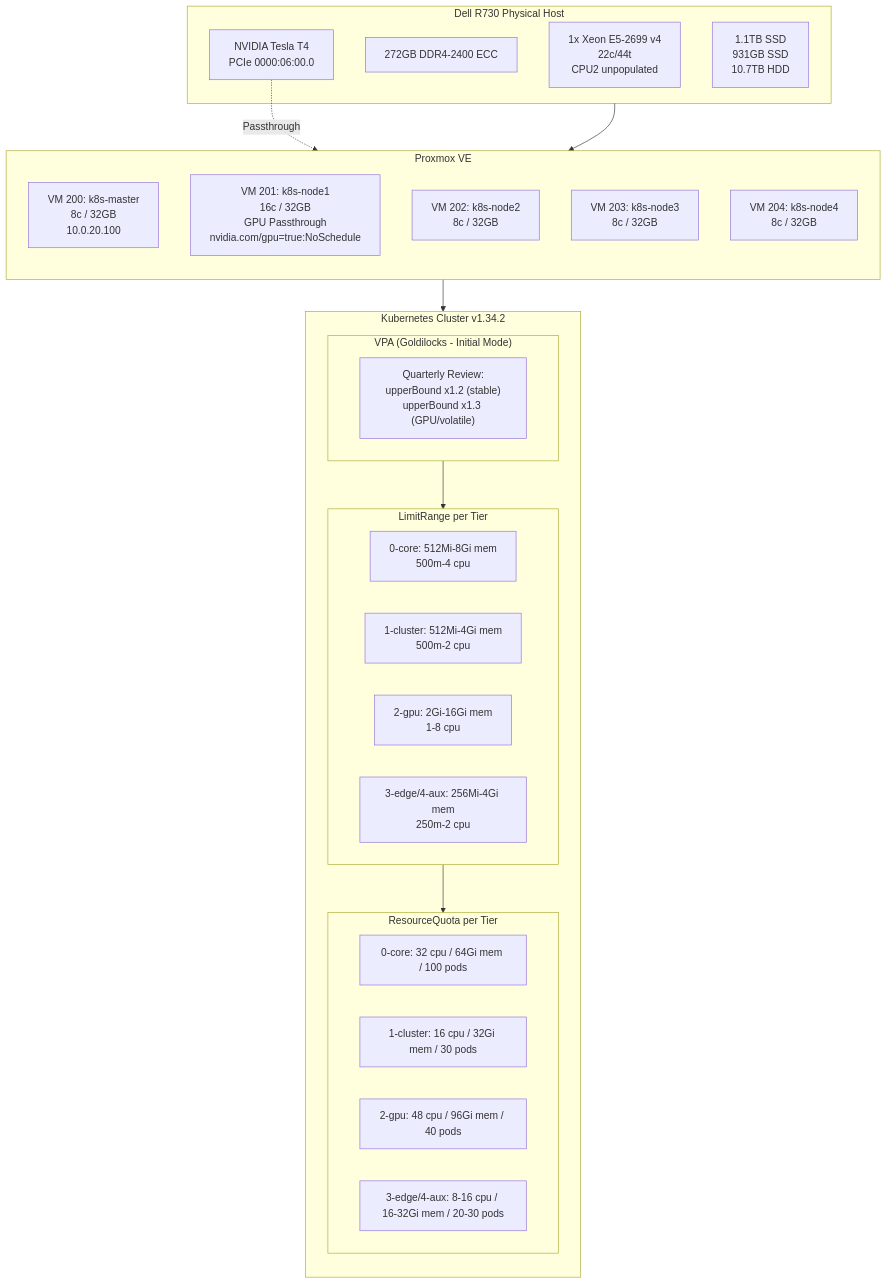
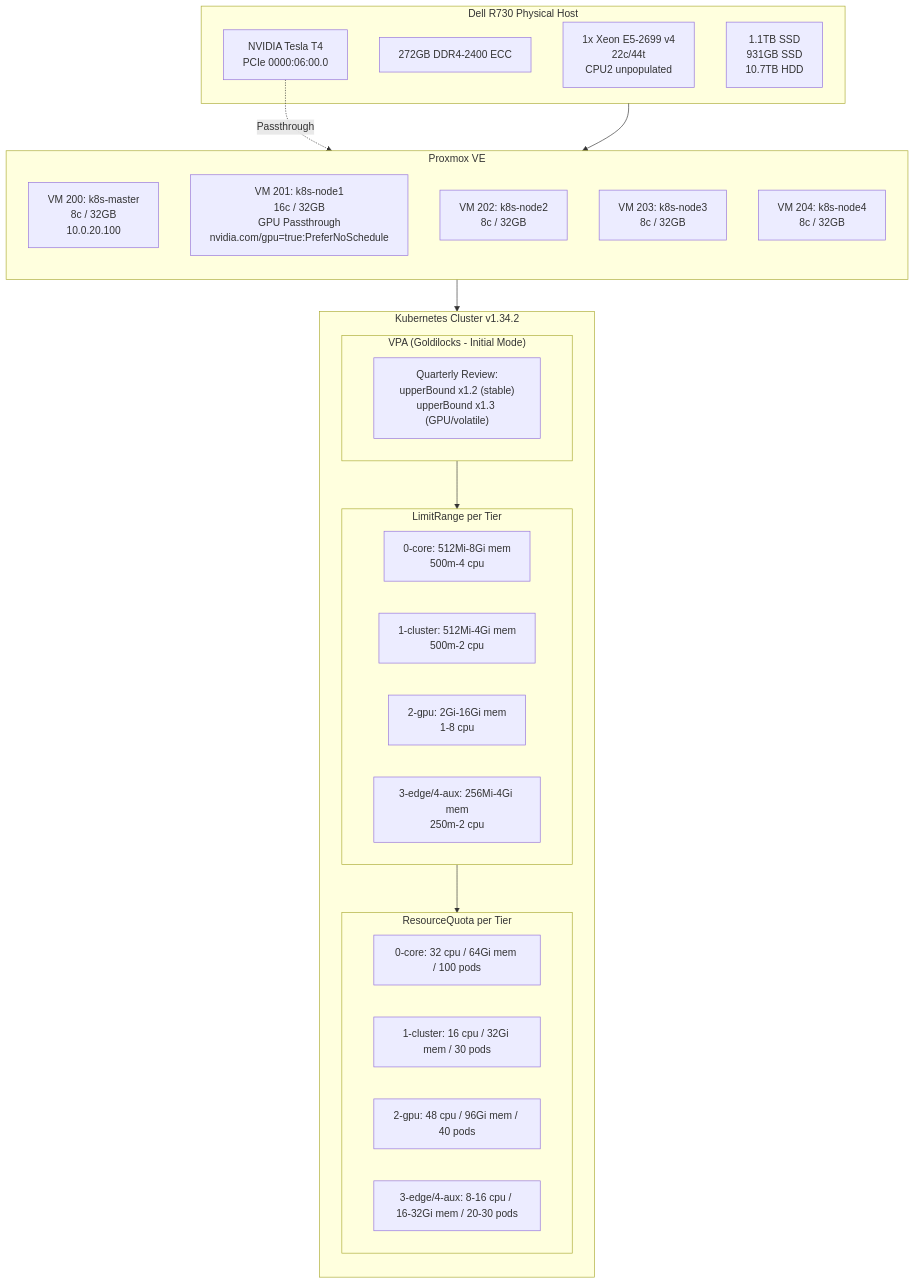
The diagram in docs/architecture/compute.md (ViktorBarzin/infra), drawn with Mermaid before and after one commit. The commit also changed other lines of this file and 11 other files, not shown here.

First line of the commit message:
gpu: schedule off NFD label, not k8s-node1 hostname

````diff
--- a/docs/architecture/compute.md
+++ b/docs/architecture/compute.md
@@ -9,46 +9,46 @@
 ```mermaid
 graph TB
     subgraph Physical["Dell R730 Physical Host"]
         CPU["1x Xeon E5-2699 v4<br/>22c/44t<br/>CPU2 unpopulated"]
         RAM["272GB DDR4-2400 ECC"]
         GPU["NVIDIA Tesla T4<br/>PCIe 0000:06:00.0"]
         DISK["1.1TB SSD<br/>931GB SSD<br/>10.7TB HDD"]
     end
 
     subgraph Proxmox["Proxmox VE"]
         direction TB
         MASTER["VM 200: k8s-master<br/>8c / 32GB<br/>10.0.20.100"]
-        NODE1["VM 201: k8s-node1<br/>16c / 32GB<br/>GPU Passthrough<br/>nvidia.com/gpu=true:NoSchedule"]
+        NODE1["VM 201: k8s-node1<br/>16c / 32GB<br/>GPU Passthrough<br/>nvidia.com/gpu=true:PreferNoSchedule"]
         NODE2["VM 202: k8s-node2<br/>8c / 32GB"]
         NODE3["VM 203: k8s-node3<br/>8c / 32GB"]
         NODE4["VM 204: k8s-node4<br/>8c / 32GB"]
     end
 
     subgraph K8s["Kubernetes Cluster v1.34.2"]
         direction TB
 
         subgraph VPA["VPA (Goldilocks - Initial Mode)"]
             RECOMMEND["Quarterly Review:<br/>upperBound x1.2 (stable)<br/>upperBound x1.3 (GPU/volatile)"]
         end
 
         subgraph LimitRange["LimitRange per Tier"]
             TIER0_LR["0-core: 512Mi-8Gi mem<br/>500m-4 cpu"]
             TIER1_LR["1-cluster: 512Mi-4Gi mem<br/>500m-2 cpu"]
             TIER2_LR["2-gpu: 2Gi-16Gi mem<br/>1-8 cpu"]
             TIER34_LR["3-edge/4-aux: 256Mi-4Gi mem<br/>250m-2 cpu"]
         end
 
         subgraph ResourceQuota["ResourceQuota per Tier"]
             TIER0_RQ["0-core: 32 cpu / 64Gi mem / 100 pods"]
             TIER1_RQ["1-cluster: 16 cpu / 32Gi mem / 30 pods"]
             TIER2_RQ["2-gpu: 48 cpu / 96Gi mem / 40 pods"]
             TIER34_RQ["3-edge/4-aux: 8-16 cpu / 16-32Gi mem / 20-30 pods"]
         end
     end
 
     Physical --> Proxmox
     GPU -.->|Passthrough| NODE1
     Proxmox --> K8s
     VPA --> LimitRange
     LimitRange --> ResourceQuota
 ```
````
